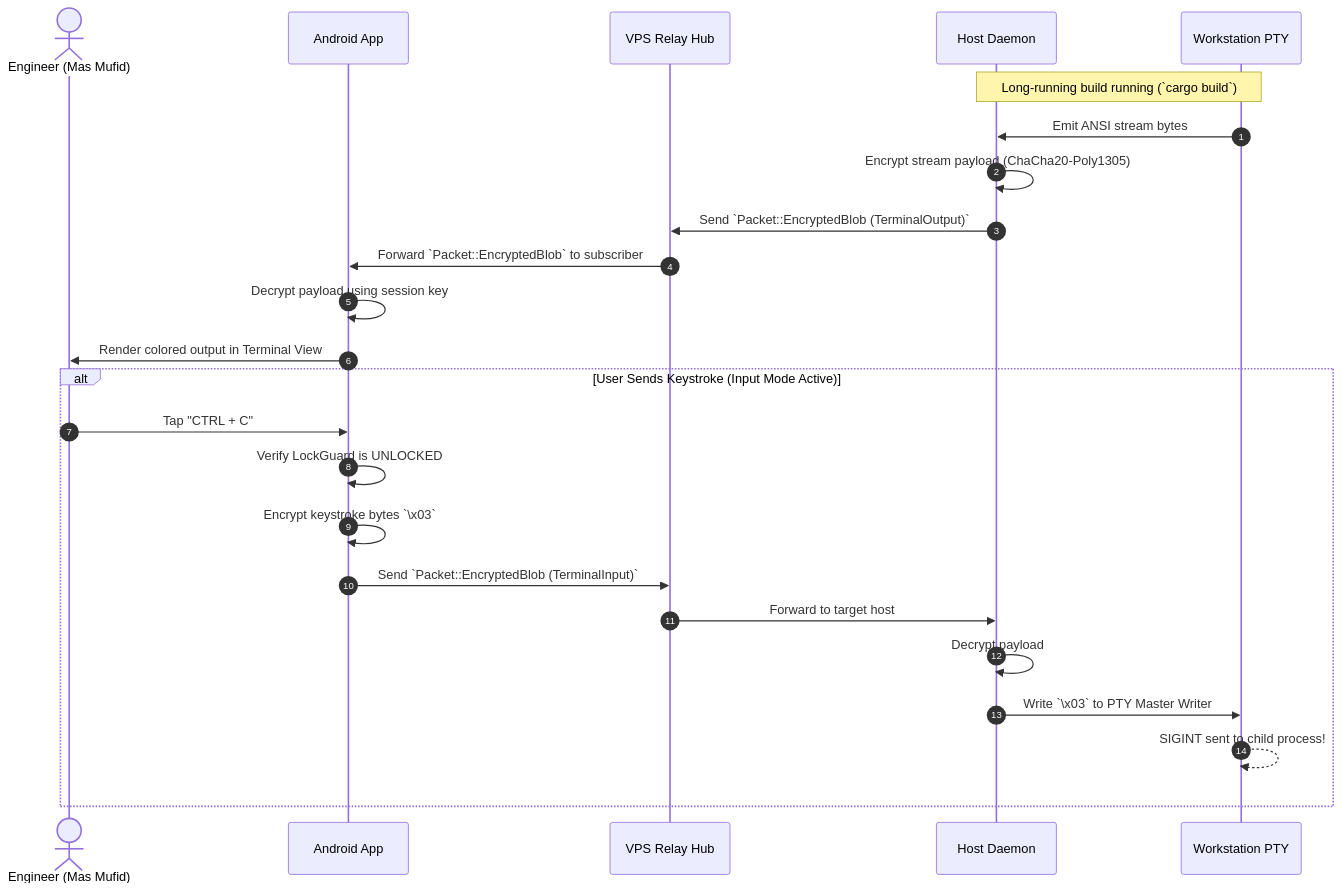
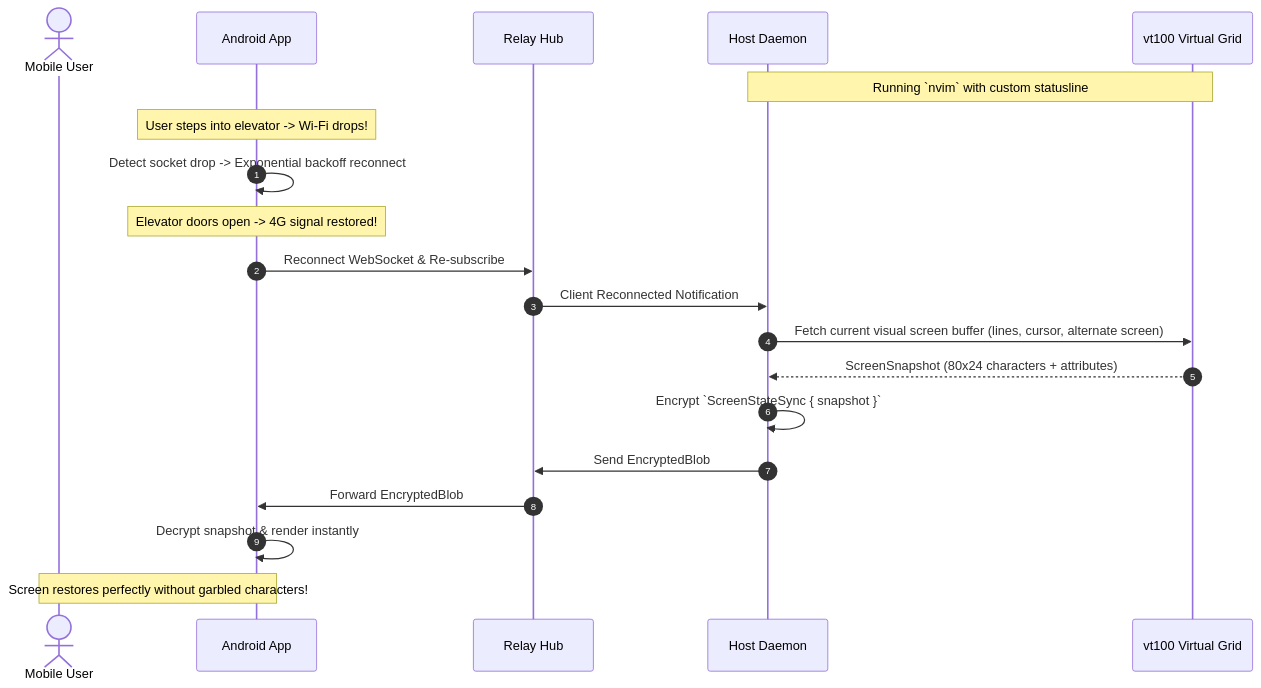
One commit to mufidhadi/terminal-mirror changed the fourth of 4 diagrams in docs/ARCHITECTURE_DIAGRAM.md. Above: the diagram before and after it, drawn with Mermaid. The commit also changed other lines of this file and 14 other files, not shown here.

````diff
--- a/docs/ARCHITECTURE_DIAGRAM.md
+++ b/docs/ARCHITECTURE_DIAGRAM.md
@@ -142,28 +119,23 @@
 ```mermaid
 sequenceDiagram
     autonumber
-    actor User as Engineer (Mas Mufid)
+    actor User as Mobile User
     participant Phone as Android App
-    participant Relay as VPS Relay Hub
+    participant Relay as Relay Hub
     participant Host as Host Daemon
-    participant PTY as Workstation PTY
+    participant VT as vt100 Virtual Grid
 
-    Note over Host,PTY: Long-running build running (`cargo build`)
-    PTY->>Host: Emit ANSI stream bytes
-    Host->>Host: Encrypt stream payload (ChaCha20-Poly1305)
-    Host->>Relay: Send `Packet::EncryptedBlob (TerminalOutput)`
-    Relay->>Phone: Forward `Packet::EncryptedBlob` to subscriber
-    Phone->>Phone: Decrypt payload using session key
-    Phone->>User: Render colored output in Terminal View
-
-    alt User Sends Keystroke (Input Mode Active)
-        User->>Phone: Tap "CTRL + C"
-        Phone->>Phone: Verify LockGuard is UNLOCKED
-        Phone->>Phone: Encrypt keystroke bytes `\x03`
-        Phone->>Relay: Send `Packet::EncryptedBlob (TerminalInput)`
-        Relay->>Host: Forward to target host
-        Host->>Host: Decrypt payload
-        Host->>PTY: Write `\x03` to PTY Master Writer
-        PTY-->>PTY: SIGINT sent to child process!
-    end
+    Note over Host,VT: Running `nvim` with custom statusline
+    Note over Phone: User steps into elevator -> Wi-Fi drops!
+    Phone->>Phone: Detect socket drop -> Exponential backoff reconnect
+    Note over Phone: Elevator doors open -> 4G signal restored!
+    Phone->>Relay: Reconnect WebSocket & Re-subscribe
+    Relay->>Host: Client Reconnected Notification
+    Host->>VT: Fetch current visual screen buffer (lines, cursor, alternate screen)
+    VT-->>Host: ScreenSnapshot (80x24 characters + attributes)
+    Host->>Host: Encrypt `ScreenStateSync { snapshot }`
+    Host->>Relay: Send EncryptedBlob
+    Relay->>Phone: Forward EncryptedBlob
+    Phone->>Phone: Decrypt snapshot & render instantly
+    Note over User,Phone: Screen restores perfectly without garbled characters!
 ```
````
